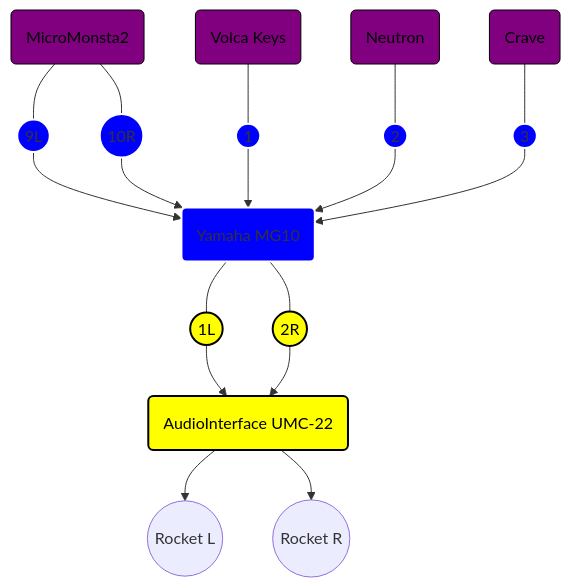
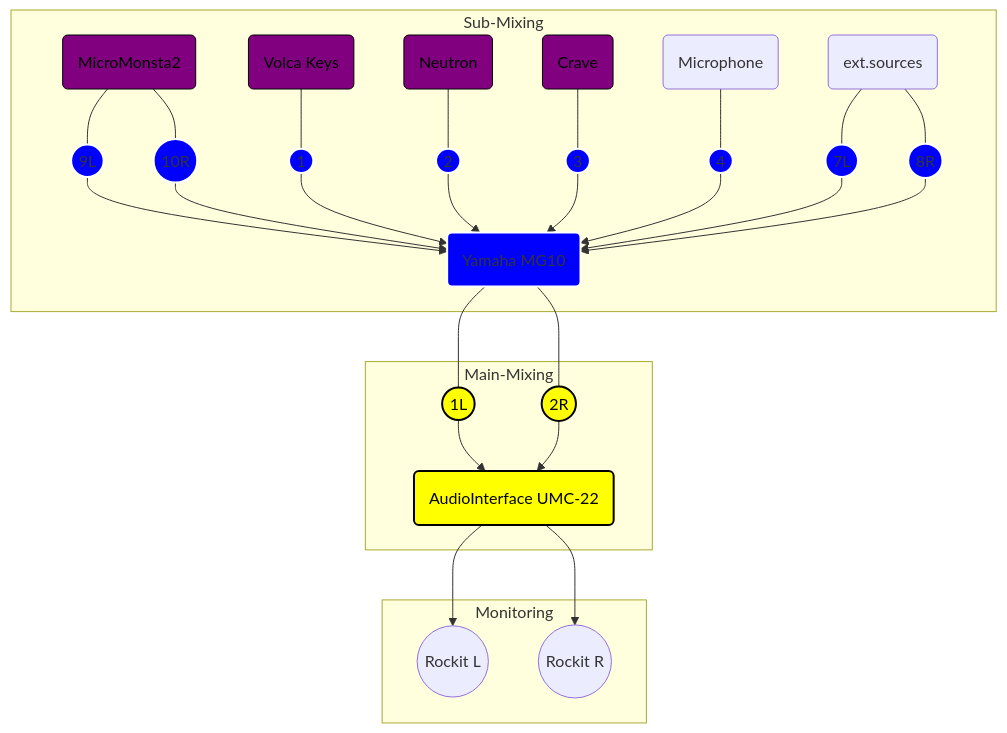
The diagram in audio-routing.md (toraudio/studiosetup), drawn with Mermaid before and after one commit.

````diff
--- a/audio-routing.md
+++ b/audio-routing.md
@@ -3,16 +3,24 @@
 ```mermaid
 graph TD;
 classDef mixerclass fill:blue,stroke:white,stroke-width:2px;
 classDef synthclass fill:purple,stroke:black,stroke-width:1px,color:black;
 classDef soundclass fill:yellow,stroke:black,stroke-width:2px,color:black;
-
+subgraph Sub-Mixing
 B(MicroMonsta2):::synthclass --- slotm9((9L)):::mixerclass --> A(Yamaha MG10);
 B(MicroMonsta2) --- slotm10((10R)):::mixerclass --> A(Yamaha MG10);
 C(Volca Keys):::synthclass --- slotm1((1)):::mixerclass --> A(Yamaha MG10);
 D(Neutron):::synthclass --- slotm2((2)):::mixerclass --> A(Yamaha MG10);
 E(Crave):::synthclass --- slotm3((3)):::mixerclass --> A(Yamaha MG10);
+F(Microphone) --- slotm4((4)):::mixerclass --> A(Yamaha MG10);
+G(ext.sources) --- slotm7((7L)):::mixerclass --> A(Yamaha MG10);
+G(ext.sources) --- slotm8((8R)):::mixerclass --> A(Yamaha MG10);
+end
+subgraph Main-Mixing
 A(Yamaha MG10):::mixerclass --- slot1((1L)):::soundclass --> Z(AudioInterface UMC-22):::soundclass;
 A(Yamaha MG10) --- slot2((2R)):::soundclass --> Z(AudioInterface UMC-22);
-Z(AudioInterface UMC-22) --> mon1((Rocket L));
-Z(AudioInterface UMC-22) --> mon2((Rocket R));
+end
+subgraph Monitoring
+Z(AudioInterface UMC-22) --> mon1((Rockit L));
+Z(AudioInterface UMC-22) --> mon2((Rockit R));
+end
 ``` 
````
